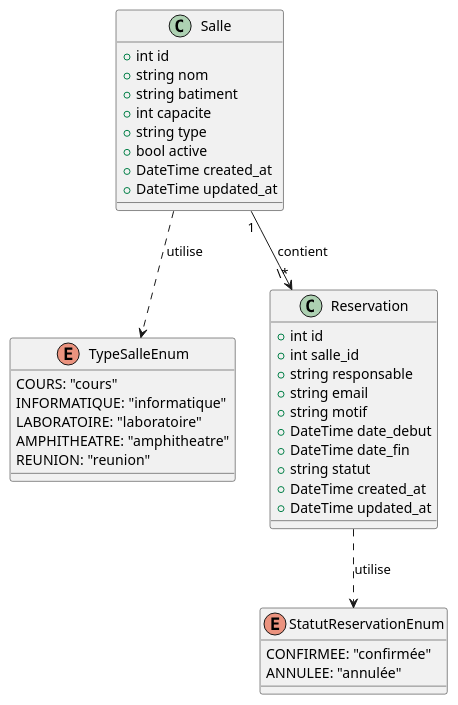
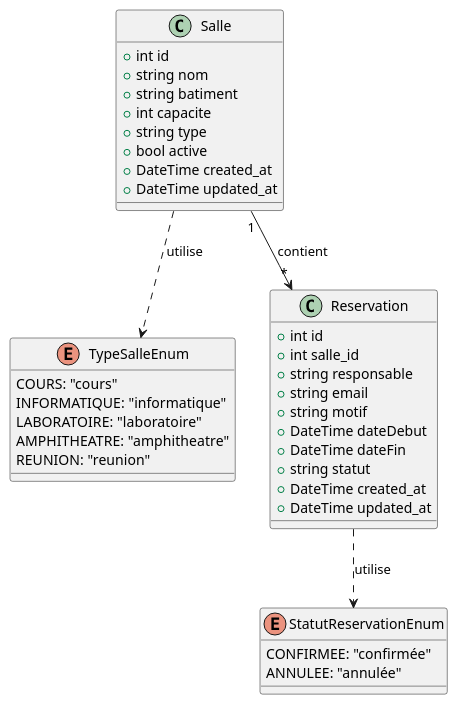
Before and after one commit to mouhamadoufallBah/gestion-reservation-salle: the diagram in DIAGRAMME_CLASSES.puml, drawn with PlantUML. The commit also changed 37 other files, not shown here.

```diff
--- a/DIAGRAMME_CLASSES.puml
+++ b/DIAGRAMME_CLASSES.puml
@@ -1,44 +1,44 @@
 @startuml
 
 enum TypeSalleEnum {
 COURS: "cours"
 INFORMATIQUE: "informatique"
 LABORATOIRE: "laboratoire"
 AMPHITHEATRE: "amphitheatre"
 REUNION: "reunion"
 }
 
 enum StatutReservationEnum {
 CONFIRMEE: "confirmée"
 ANNULEE: "annulée"
 }
 
 class Salle {
 +int id
 +string nom
 +string batiment
 +int capacite
 +string type
 +bool active
 +DateTime created_at
 +DateTime updated_at
 }
 
 class Reservation {
 +int id
 +int salle_id
 +string responsable
 +string email
 +string motif
-+DateTime date_debut
-+DateTime date_fin
++DateTime dateDebut
++DateTime dateFin
 +string statut
 +DateTime created_at
 +DateTime updated_at
 }
 
-Salle "1" --> "\*" Reservation : contient
+Salle "1" --> "*" Reservation : contient
 Salle ..> TypeSalleEnum : utilise
 Reservation ..> StatutReservationEnum : utilise
 
 @enduml
```
